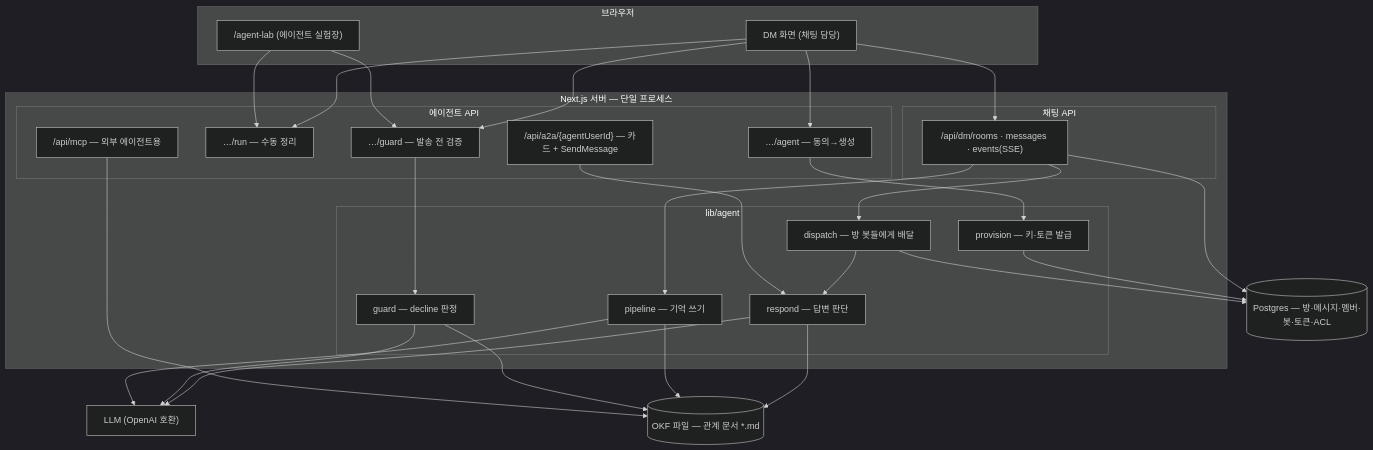
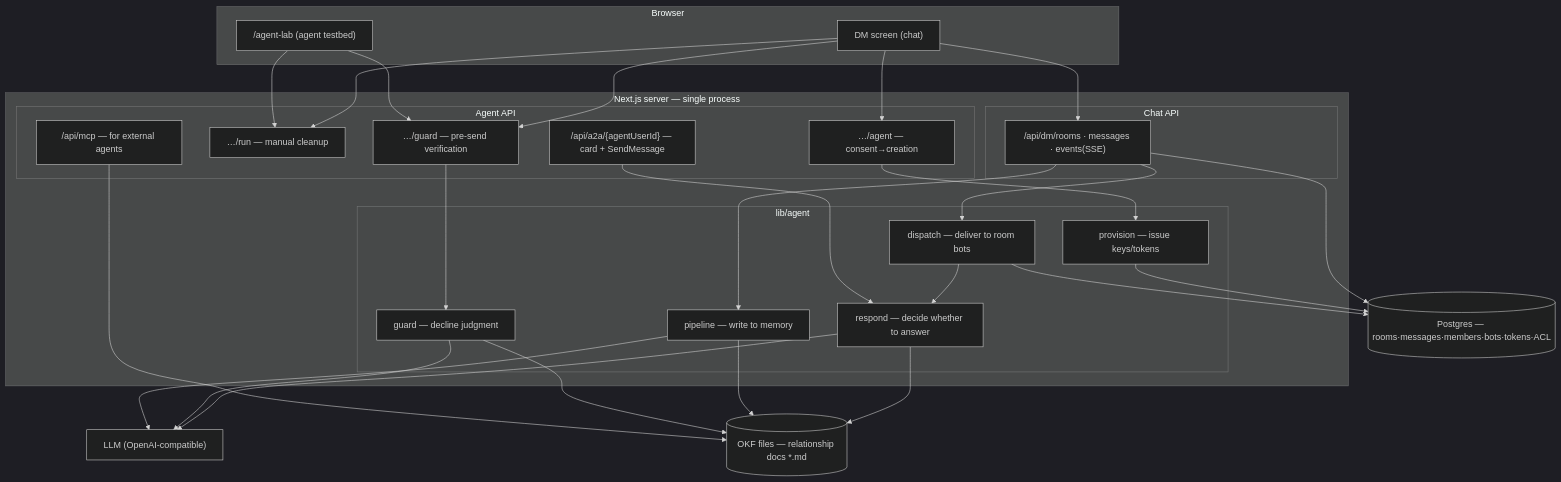
One commit to ainetwork-ai/relational-agents changed the diagram in archive/couple/docs/relationship-agent-design.md. Above: the diagram before and after it, drawn with Mermaid (dark theme). The commit also changed other lines of this file and 427 other files, not shown here.

````diff
--- a/archive/couple/docs/relationship-agent-design.md
+++ b/archive/couple/docs/relationship-agent-design.md
@@ -28,42 +34,42 @@
 ```mermaid
 flowchart TB
-  subgraph Browser["브라우저"]
-    DM["DM 화면 (채팅 담당)"]
-    LAB["/agent-lab (에이전트 실험장)"]
+  subgraph Browser["Browser"]
+    DM["DM screen (chat)"]
+    LAB["/agent-lab (agent testbed)"]
   end
 
-  subgraph App["Next.js 서버 — 단일 프로세스"]
-    subgraph Chat["채팅 API"]
+  subgraph App["Next.js server — single process"]
+    subgraph Chat["Chat API"]
       RM["/api/dm/rooms · messages · events(SSE)"]
     end
-    subgraph Agent["에이전트 API"]
-      PROV["…/agent — 동의→생성"]
-      RUN["…/run — 수동 정리"]
-      GUARD["…/guard — 발송 전 검증"]
-      A2A["/api/a2a/{agentUserId} — 카드 + SendMessage"]
-      MCP["/api/mcp — 외부 에이전트용"]
+    subgraph Agent["Agent API"]
+      PROV["…/agent — consent→creation"]
+      RUN["…/run — manual cleanup"]
+      GUARD["…/guard — pre-send verification"]
+      A2A["/api/a2a/{agentUserId} — card + SendMessage"]
+      MCP["/api/mcp — for external agents"]
     end
     subgraph Lib["lib/agent"]
-      DISP["dispatch — 방 봇들에게 배달"]
-      RESP["respond — 답변 판단"]
-      PIPE["pipeline — 기억 쓰기"]
-      GRD["guard — decline 판정"]
-      PRV["provision — 키·토큰 발급"]
+      DISP["dispatch — deliver to room bots"]
+      RESP["respond — decide whether to answer"]
+      PIPE["pipeline — write to memory"]
+      GRD["guard — decline judgment"]
+      PRV["provision — issue keys/tokens"]
     end
   end
 
-  PG[("Postgres — 방·메시지·멤버·봇·토큰·ACL")]
-  OKF[("OKF 파일 — 관계 문서 *.md")]
-  LLM["LLM (OpenAI 호환)"]
+  PG[("Postgres — rooms·messages·members·bots·tokens·ACL")]
+  OKF[("OKF files — relationship docs *.md")]
+  LLM["LLM (OpenAI-compatible)"]
 
   DM --> RM & RUN & GUARD & PROV
   LAB --> RUN & GUARD
   RM --> DISP --> RESP
   RM --> PIPE
   GUARD --> GRD
   PROV --> PRV
   A2A --> RESP
   RESP & GRD & PIPE --> LLM
   RESP & PIPE & GRD & MCP --> OKF
   RM & PRV & DISP --> PG
 ```
````
